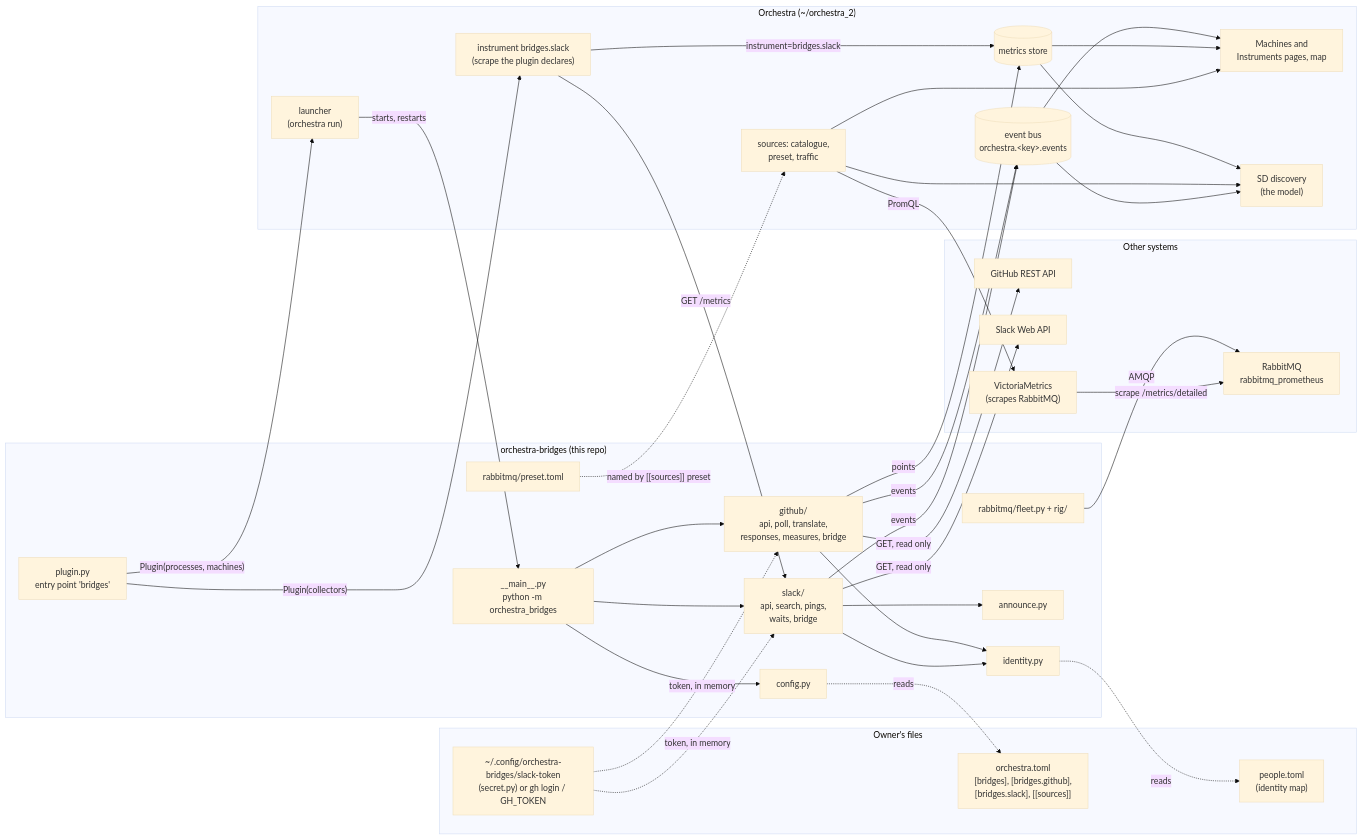
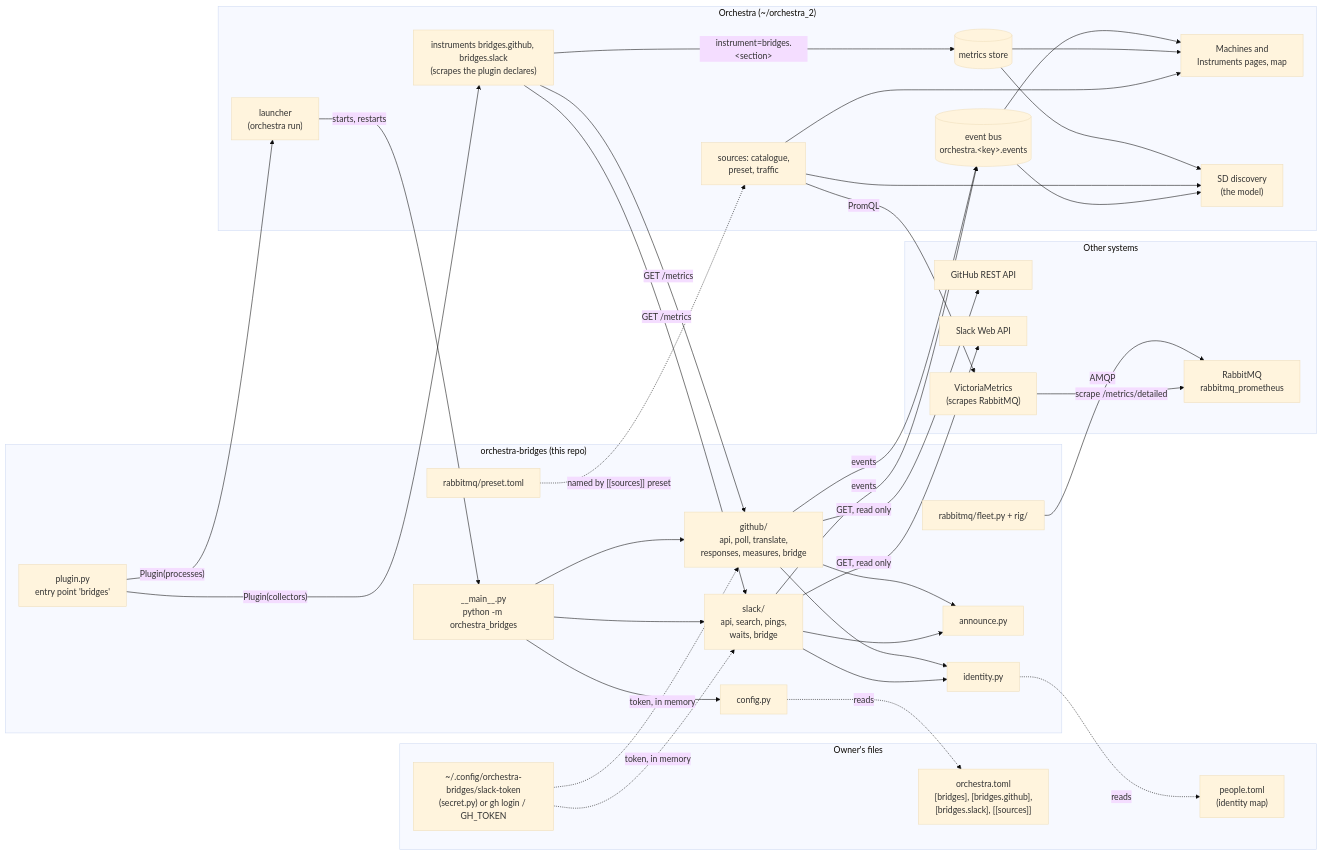
Before and after one commit to danroblewis/orchestra-bridges: the first of 8 diagrams in ARCHITECTURE.md, drawn with Mermaid (base theme). The commit also changed other lines of this file and 3 other files, not shown here.

First line of the commit message:
Docs: bridges are relays, never machines

````diff
--- a/ARCHITECTURE.md
+++ b/ARCHITECTURE.md
@@ -89,68 +100,69 @@
 ```mermaid
 flowchart LR
     subgraph owner["Owner's files"]
         toml["orchestra.toml<br/>[bridges], [bridges.github],<br/>[bridges.slack], [[sources]]"]
         people["people.toml<br/>(identity map)"]
         tok["~/.config/orchestra-bridges/slack-token<br/>(secret.py) or gh login / GH_TOKEN"]
     end
 
     subgraph ext["Other systems"]
         gh["GitHub REST API"]
         sl["Slack Web API"]
         rmq["RabbitMQ<br/>rabbitmq_prometheus"]
         vm["VictoriaMetrics<br/>(scrapes RabbitMQ)"]
     end
 
     subgraph pkg["orchestra-bridges (this repo)"]
         plugin["plugin.py<br/>entry point 'bridges'"]
         main["__main__.py<br/>python -m orchestra_bridges"]
         cfg["config.py"]
         ident["identity.py"]
         ann["announce.py"]
         ghb["github/<br/>api, poll, translate,<br/>responses, measures, bridge"]
         slb["slack/<br/>api, search, pings,<br/>waits, bridge"]
         preset["rabbitmq/preset.toml"]
         fleet["rabbitmq/fleet.py + rig/"]
     end
 
     subgraph orch["Orchestra (~/orchestra_2)"]
         launcher["launcher<br/>(orchestra run)"]
         bus[("event bus<br/>orchestra.#lt;key#gt;.events")]
         store[("metrics store")]
-        scrape["instrument bridges.slack<br/>(scrape the plugin declares)"]
+        scrape["instruments bridges.github, bridges.slack<br/>(scrapes the plugin declares)"]
         sources["sources: catalogue,<br/>preset, traffic"]
         ui["Machines and<br/>Instruments pages, map"]
         sd["SD discovery<br/>(the model)"]
     end
 
-    plugin -- "Plugin(processes, machines)" --> launcher
+    plugin -- "Plugin(processes)" --> launcher
     plugin -- "Plugin(collectors)" --> scrape
     launcher -- "starts, restarts" --> main
     main --> cfg
     cfg -. reads .-> toml
     ident -. reads .-> people
     main --> ghb
     main --> slb
     ghb --> ident
+    ghb --> ann
     slb --> ident
     slb --> ann
     ghb -- "GET, read only" --> gh
     slb -- "GET, read only" --> sl
     tok -. "token, in memory" .-> ghb
     tok -. "token, in memory" .-> slb
     ghb -- "events" --> bus
     slb -- "events" --> bus
-    ghb -- "points" --> store
+    scrape -- "GET /metrics" --> ghb
     scrape -- "GET /metrics" --> slb
-    scrape -- "instrument=bridges.slack" --> store
+    scrape -- "instrument=bridges.#lt;section#gt;" --> store
     fleet -- "AMQP" --> rmq
     vm -- "scrape /metrics/detailed" --> rmq
     preset -. "named by [[sources]] preset" .-> sources
     sources -- "PromQL" --> vm
     bus --> ui
     store --> ui
     sources --> ui
     store --> sd
     sources --> sd
     bus --> sd
 ```
````
